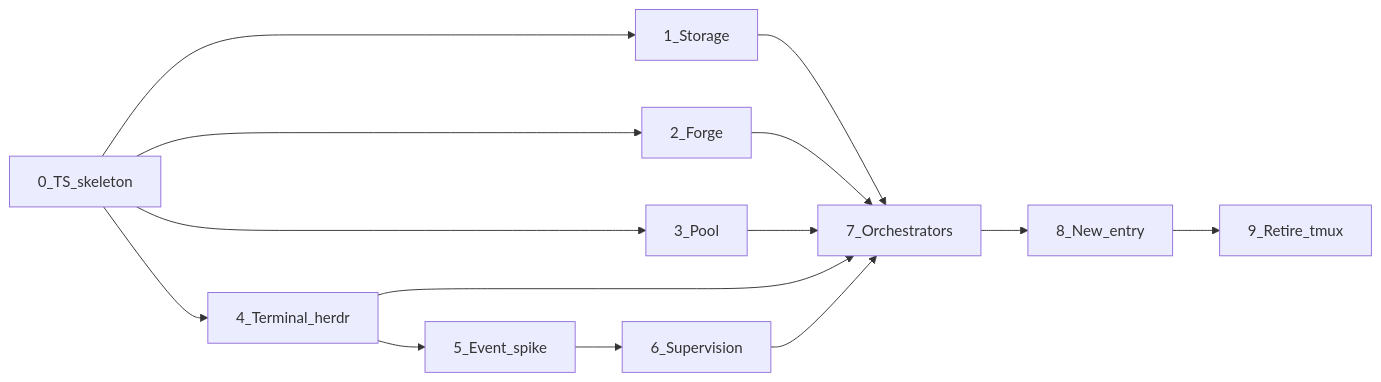
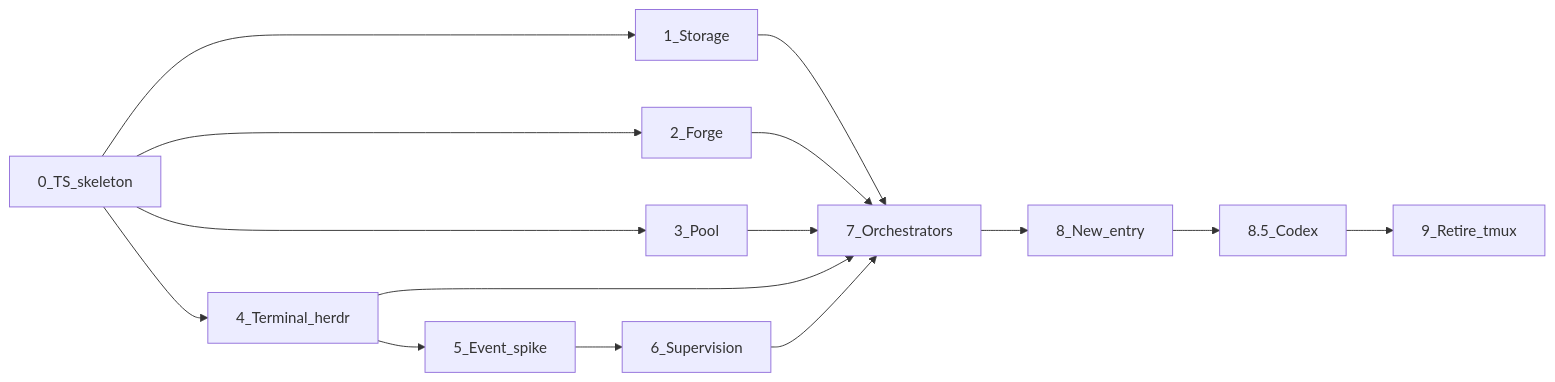
The diagram in docs/v2/plan/INDEX.md (BoLiDev/Yan), drawn with Mermaid before and after one commit. The commit also changed other lines of this file, not shown here.

````diff
--- a/docs/v2/plan/INDEX.md
+++ b/docs/v2/plan/INDEX.md
@@ -60,27 +60,28 @@
 ```mermaid
 flowchart LR
   P0[0_TS_skeleton]
   P1[1_Storage]
   P2[2_Forge]
   P3[3_Pool]
   P4[4_Terminal_herdr]
   P5[5_Event_spike]
   P6[6_Supervision]
   P7[7_Orchestrators]
   P8[8_New_entry]
   P9[9_Retire_tmux]
 
   P0 --> P1
   P0 --> P2
   P0 --> P3
   P0 --> P4
   P4 --> P5
   P5 --> P6
   P1 --> P7
   P2 --> P7
   P3 --> P7
   P4 --> P7
   P6 --> P7
   P7 --> P8
-  P8 --> P9
+  P8 --> P85[8.5_Codex]
+  P85 --> P9
 ```
````
